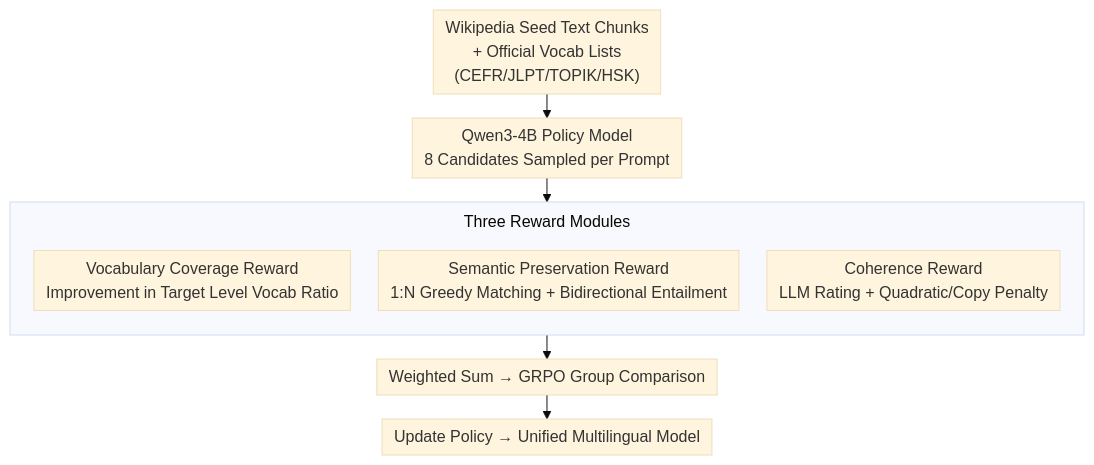
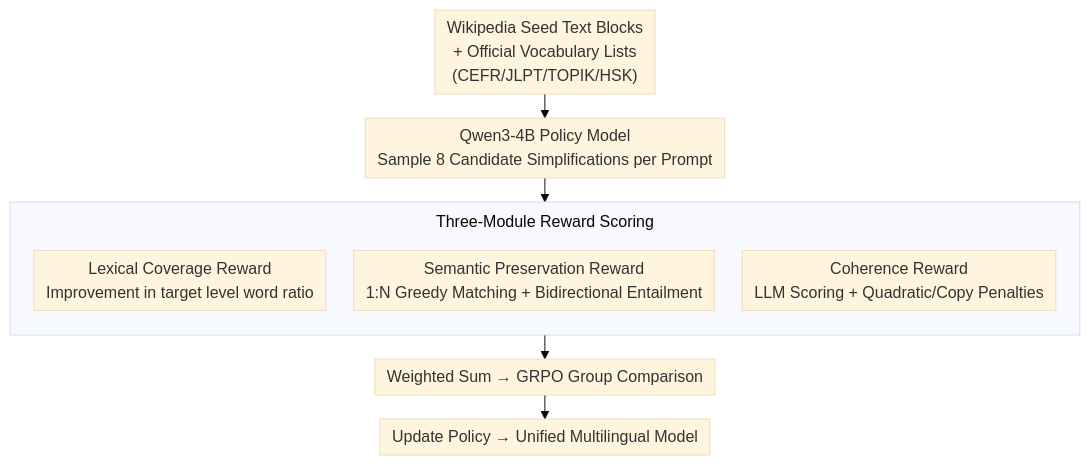
Before and after one commit to zhaoyang97/Paper-Notes-en: the diagram in docs/ACL2026/nlp_generation/right_at_my_level_a_unified_multilingual_framework_for_proficiency-aware_text_si.md, drawn with Mermaid (base theme). The commit also changed other lines of this file and 5084 other files, not shown here.

````diff
--- a/docs/ACL2026/nlp_generation/right_at_my_level_a_unified_multilingual_framework_for_proficiency-aware_text_si.md
+++ b/docs/ACL2026/nlp_generation/right_at_my_level_a_unified_multilingual_framework_for_proficiency-aware_text_si.md
@@ -45,14 +45,14 @@
 ```mermaid
 %%{init: {'flowchart': {'rankSpacing': 24, 'nodeSpacing': 28, 'padding': 6, 'wrappingWidth': 400, 'subGraphTitleMargin': {'top': 8, 'bottom': 16}}}}%%
 flowchart TD
-    A["Wikipedia Seed Text Chunks<br/>+ Official Vocab Lists<br/>(CEFR/JLPT/TOPIK/HSK)"] --> B["Qwen3-4B Policy Model<br/>8 Candidates Sampled per Prompt"]
+    A["Wikipedia Seed Text Blocks<br/>+ Official Vocabulary Lists<br/>(CEFR/JLPT/TOPIK/HSK)"] --> B["Qwen3-4B Policy Model<br/>Sample 8 Candidate Simplifications per Prompt"]
     B --> R
-    subgraph R["Three Reward Modules"]
+    subgraph R["Three-Module Reward Scoring"]
         direction TB
-        C["Vocabulary Coverage Reward<br/>Improvement in Target Level Vocab Ratio"]
+        C["Lexical Coverage Reward<br/>Improvement in target level word ratio"]
         D["Semantic Preservation Reward<br/>1:N Greedy Matching + Bidirectional Entailment"]
-        E["Coherence Reward<br/>LLM Rating + Quadratic/Copy Penalty"]
+        E["Coherence Reward<br/>LLM Scoring + Quadratic/Copy Penalties"]
     end
     R --> F["Weighted Sum → GRPO Group Comparison"]
     F --> G["Update Policy → Unified Multilingual Model"]
 ```
````
